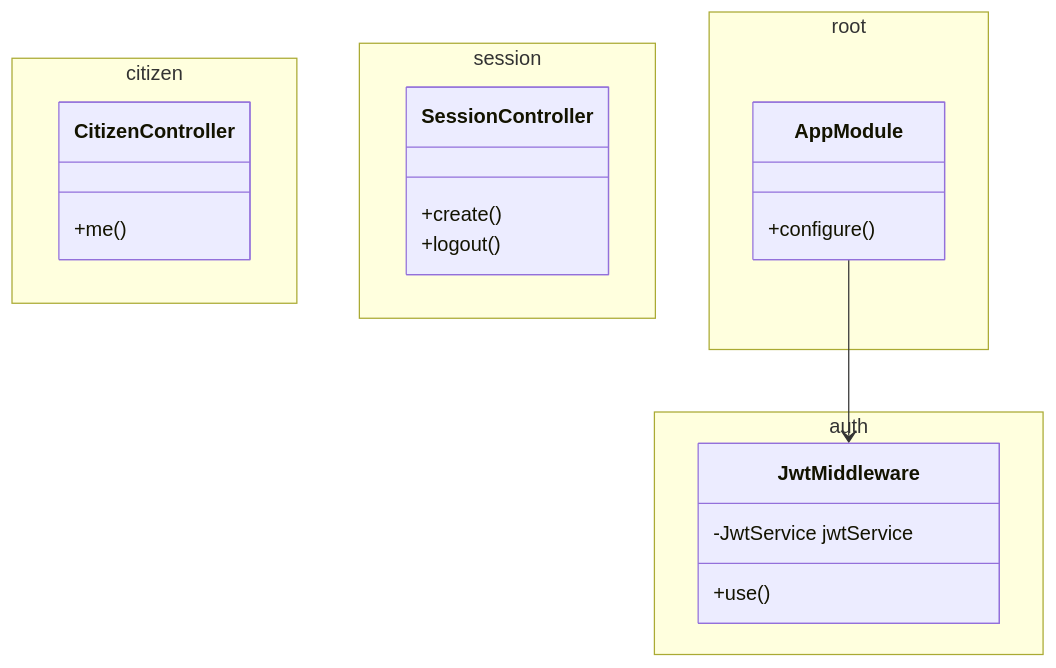
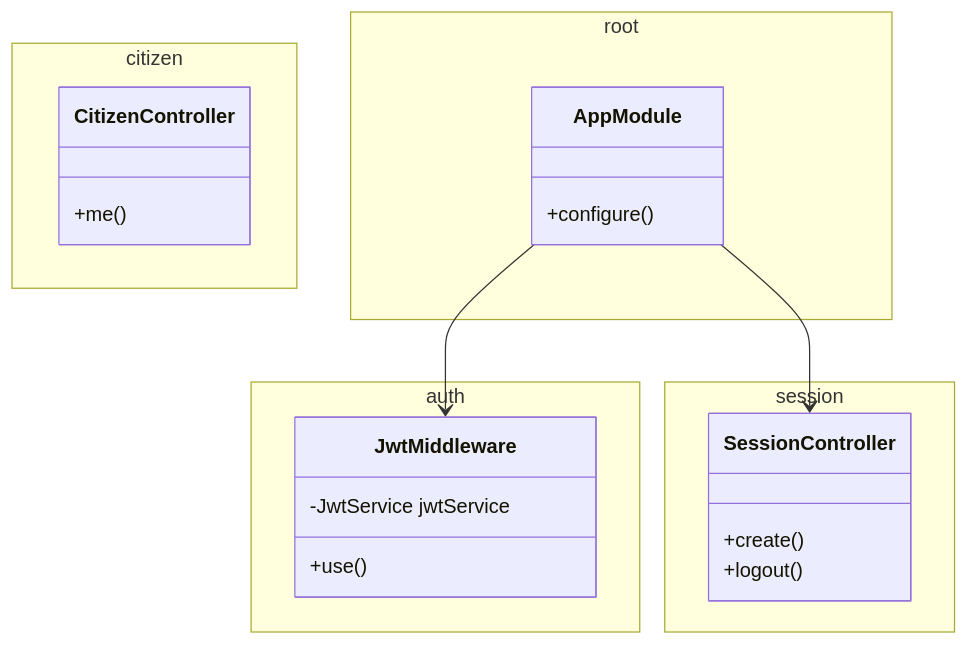
The diagram in realms/gateway/README.md (pslotinsky/decay-of-magic), drawn with Mermaid before and after one commit. The commit also changed 4 other files, not shown here.

````diff
--- a/realms/gateway/README.md
+++ b/realms/gateway/README.md
@@ -8,27 +8,28 @@
 ```mermaid
 classDiagram
   namespace auth {
     class JwtMiddleware {
       -JwtService jwtService
       +use()
     }
   }
   namespace citizen {
     class CitizenController {
       +me()
     }
   }
   namespace session {
     class SessionController {
       +create()
       +logout()
     }
   }
   namespace root {
     class AppModule {
       +configure()
     }
   }
 
   AppModule --> JwtMiddleware
+  AppModule --> SessionController
 ```
````
